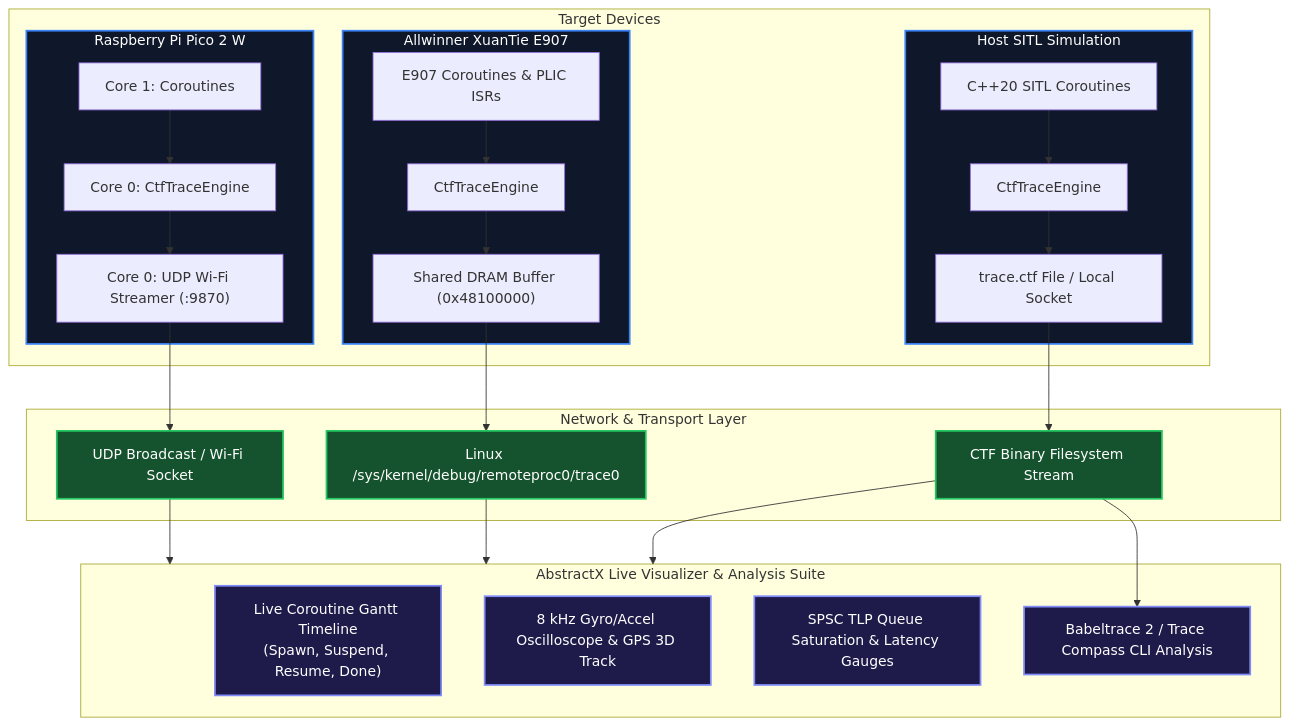
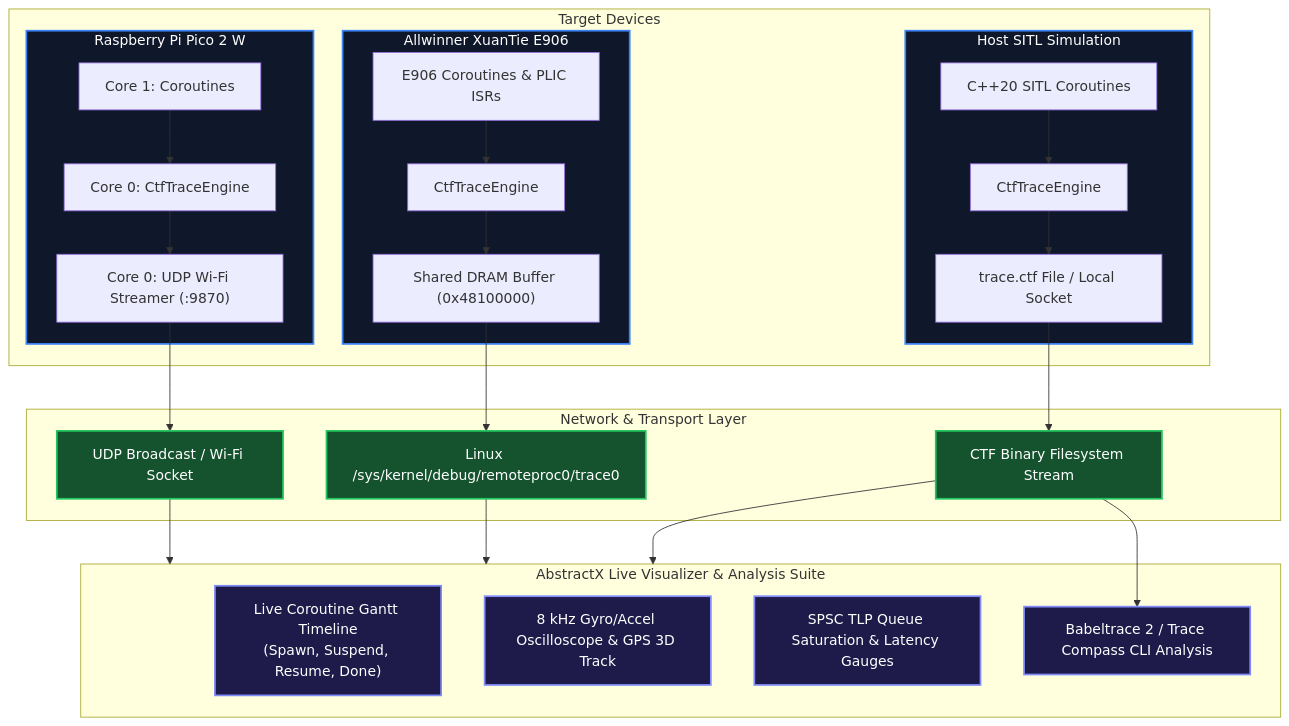
One commit to tcmichals/AbstractX changed the diagram in docs/tier2_contracts/observability/BARECTF_AND_LIVE_VISUALIZER_ARCHITECTURE.md. Above: the diagram before and after it, drawn with Mermaid. The commit also changed other lines of this file and 96 other files, not shown here.

````diff
--- a/docs/tier2_contracts/observability/BARECTF_AND_LIVE_VISUALIZER_ARCHITECTURE.md
+++ b/docs/tier2_contracts/observability/BARECTF_AND_LIVE_VISUALIZER_ARCHITECTURE.md
@@ -9,51 +9,51 @@
 ```mermaid
 graph TD
     subgraph Targets["Target Devices"]
         subgraph Pico2W["Raspberry Pi Pico 2 W"]
             PicoCoro["Core 1: Coroutines"]
             PicoTracer["Core 0: CtfTraceEngine"]
             PicoUDP["Core 0: UDP Wi-Fi Streamer (:9870)"]
             PicoCoro --> PicoTracer --> PicoUDP
         end
 
-        subgraph E907["Allwinner XuanTie E907"]
-            E907Coro["E907 Coroutines & PLIC ISRs"]
-            E907Tracer["CtfTraceEngine"]
-            E907DRAM["Shared DRAM Buffer (0x48100000)"]
-            E907Coro --> E907Tracer --> E907DRAM
+        subgraph E906["Allwinner XuanTie E906"]
+            E906Coro["E906 Coroutines & PLIC ISRs"]
+            E906Tracer["CtfTraceEngine"]
+            E906DRAM["Shared DRAM Buffer (0x48100000)"]
+            E906Coro --> E906Tracer --> E906DRAM
         end
 
         subgraph HostSITL["Host SITL Simulation"]
             HostCoro["C++20 SITL Coroutines"]
             HostTracer["CtfTraceEngine"]
             HostFile["trace.ctf File / Local Socket"]
             HostCoro --> HostTracer --> HostFile
         end
     end
 
     subgraph Network["Network & Transport Layer"]
         UDP_Net["UDP Broadcast / Wi-Fi Socket"]
         Linux_IPC["Linux /sys/kernel/debug/remoteproc0/trace0"]
         File_Stream["CTF Binary Filesystem Stream"]
     end
 
     subgraph Visualizer["AbstractX Live Visualizer & Analysis Suite"]
         Gantt["Live Coroutine Gantt Timeline<br/>(Spawn, Suspend, Resume, Done)"]
         Sensors["8 kHz Gyro/Accel Oscilloscope & GPS 3D Track"]
         QueueMeters["SPSC TLP Queue Saturation & Latency Gauges"]
         Babel["Babeltrace 2 / Trace Compass CLI Analysis"]
     end
 
     PicoUDP --> UDP_Net --> Visualizer
-    E907DRAM --> Linux_IPC --> Visualizer
+    E906DRAM --> Linux_IPC --> Visualizer
     HostFile --> File_Stream --> Visualizer
     File_Stream --> Babel
 
     classDef target fill:#0f172a,stroke:#3b82f6,stroke-width:2px,color:#ffffff;
     classDef net fill:#14532d,stroke:#22c55e,stroke-width:2px,color:#ffffff;
     classDef viz fill:#1e1b4b,stroke:#818cf8,stroke-width:2px,color:#ffffff;
 
-    class Pico2W,E907,HostSITL target;
+    class Pico2W,E906,HostSITL target;
     class UDP_Net,Linux_IPC,File_Stream net;
     class Gantt,Sensors,QueueMeters,Babel viz;
 ```
````
